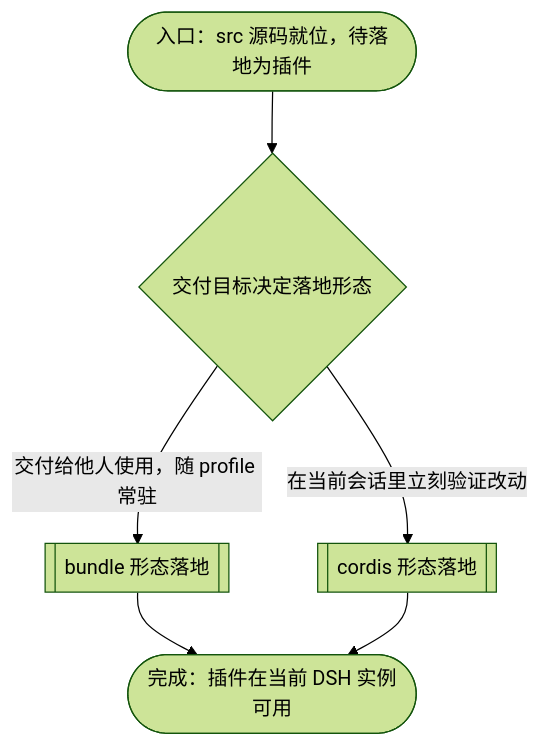
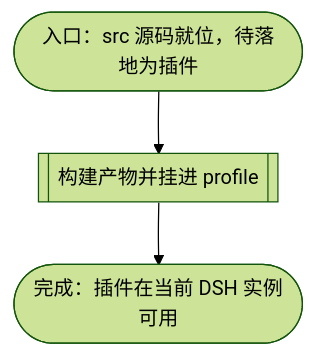
The first of 2 diagrams in _meta/notes/doc-writing-standards/samples/source-to-plugin-flow.md (yunjies/knowledge-base), drawn with Mermaid (forest theme) before and after one commit. The commit also changed other lines of this file and 6 other files, not shown here.

````diff
--- a/_meta/notes/doc-writing-standards/samples/source-to-plugin-flow.md
+++ b/_meta/notes/doc-writing-standards/samples/source-to-plugin-flow.md
@@ -7,13 +7,8 @@
 ```mermaid
 flowchart TB
   START_WITH_SOURCE(["入口：src 源码就位，待落地为插件"])
-  CHOOSE_FORM{"交付目标决定落地形态"}
-  DELIVER_BUNDLE[["bundle 形态落地"]]
-  DEBUG_CORDIS[["cordis 形态落地"]]
+  DELIVER_BUNDLE[["构建产物并挂进 profile"]]
   PLUGIN_LIVE(["完成：插件在当前 DSH 实例可用"])
-  START_WITH_SOURCE --> CHOOSE_FORM
-  CHOOSE_FORM -->|"交付给他人使用，随 profile 常驻"| DELIVER_BUNDLE
-  CHOOSE_FORM -->|"在当前会话里立刻验证改动"| DEBUG_CORDIS
+  START_WITH_SOURCE --> DELIVER_BUNDLE
   DELIVER_BUNDLE --> PLUGIN_LIVE
-  DEBUG_CORDIS --> PLUGIN_LIVE
 ```
````
